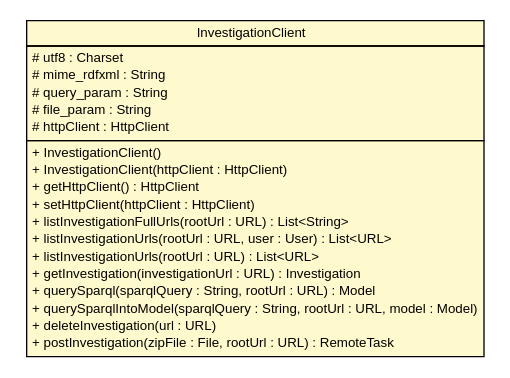
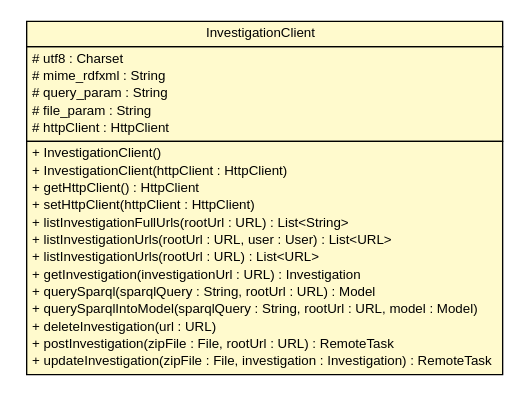
The diagram in apidocs/net/toxbank/client/resource/InvestigationClient.dot (ToxBank/toxbank-api-client), drawn with Graphviz before and after one commit. The commit also changed 146 other files, not shown here.

```diff
--- a/apidocs/net/toxbank/client/resource/InvestigationClient.dot
+++ b/apidocs/net/toxbank/client/resource/InvestigationClient.dot
@@ -1,37 +1,38 @@
 #!/usr/local/bin/dot
 #
 # Class diagram 
 # Generated by UmlGraph version 4.6 (http://www.spinellis.gr/sw/umlgraph)
 #
 
 digraph G {
 	edge [fontname="arial",fontsize=10,labelfontname="arial",labelfontsize=10];
 	node [fontname="arial",fontsize=10,shape=plaintext];
 	// net.toxbank.client.resource.InvestigationClient
 	c374 [label=<<table border="0" cellborder="1" cellspacing="0" cellpadding="2" port="p" bgcolor="lemonChiffon" href="./InvestigationClient.html">
 		<tr><td><table border="0" cellspacing="0" cellpadding="1">
 			<tr><td> InvestigationClient </td></tr>
 		</table></td></tr>
 		<tr><td><table border="0" cellspacing="0" cellpadding="1">
 			<tr><td align="left"> # utf8 : Charset </td></tr>
 			<tr><td align="left"> # mime_rdfxml : String </td></tr>
 			<tr><td align="left"> # query_param : String </td></tr>
 			<tr><td align="left"> # file_param : String </td></tr>
 			<tr><td align="left"> # httpClient : HttpClient </td></tr>
 		</table></td></tr>
 		<tr><td><table border="0" cellspacing="0" cellpadding="1">
 			<tr><td align="left"> + InvestigationClient() </td></tr>
 			<tr><td align="left"> + InvestigationClient(httpClient : HttpClient) </td></tr>
 			<tr><td align="left"> + getHttpClient() : HttpClient </td></tr>
 			<tr><td align="left"> + setHttpClient(httpClient : HttpClient) </td></tr>
 			<tr><td align="left"> + listInvestigationFullUrls(rootUrl : URL) : List&lt;String&gt; </td></tr>
 			<tr><td align="left"> + listInvestigationUrls(rootUrl : URL, user : User) : List&lt;URL&gt; </td></tr>
 			<tr><td align="left"> + listInvestigationUrls(rootUrl : URL) : List&lt;URL&gt; </td></tr>
 			<tr><td align="left"> + getInvestigation(investigationUrl : URL) : Investigation </td></tr>
 			<tr><td align="left"> + querySparql(sparqlQuery : String, rootUrl : URL) : Model </td></tr>
 			<tr><td align="left"> + querySparqlIntoModel(sparqlQuery : String, rootUrl : URL, model : Model) </td></tr>
 			<tr><td align="left"> + deleteInvestigation(url : URL) </td></tr>
 			<tr><td align="left"> + postInvestigation(zipFile : File, rootUrl : URL) : RemoteTask </td></tr>
+			<tr><td align="left"> + updateInvestigation(zipFile : File, investigation : Investigation) : RemoteTask </td></tr>
 		</table></td></tr>
 		</table>>, fontname="arial", fontcolor="black", fontsize=10.0];
 }
```
